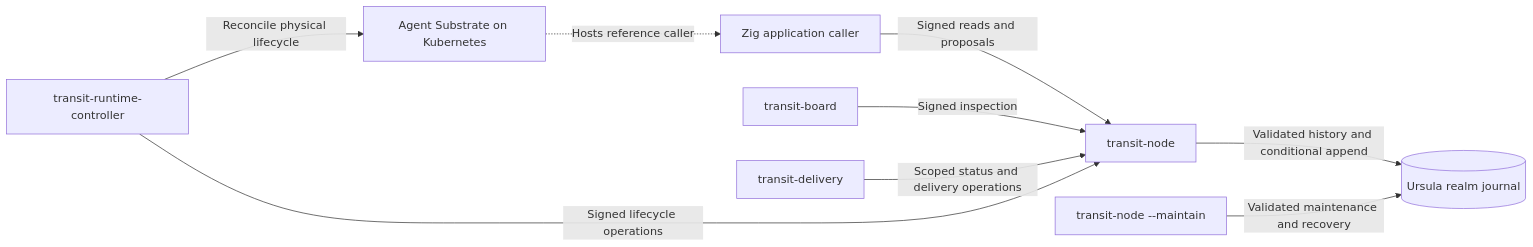
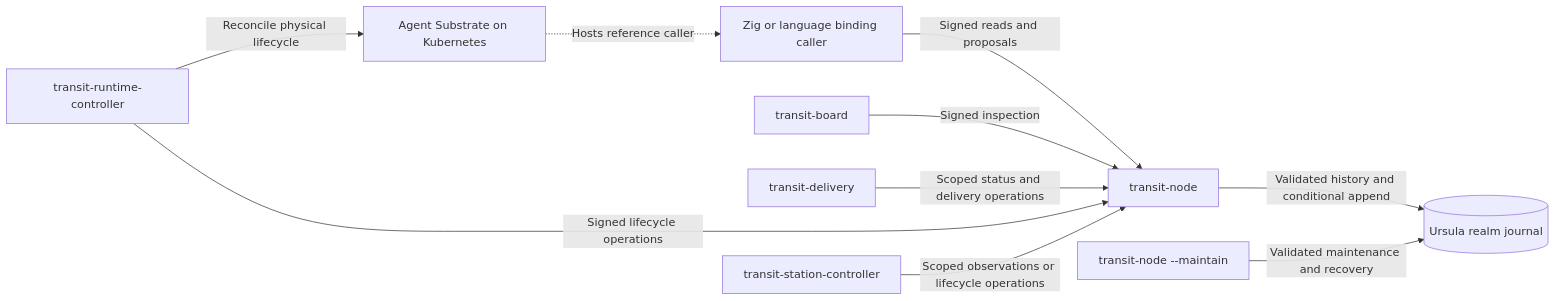
One commit to spoke-sh/transit changed the diagram in docs/ARCHITECTURE.md. Above: the diagram before and after it, drawn with Mermaid. The commit also changed other lines of this file and 18 other files, not shown here.

````diff
--- a/docs/ARCHITECTURE.md
+++ b/docs/ARCHITECTURE.md
@@ -71,11 +72,12 @@
 ```mermaid
 flowchart LR
-    Caller[Zig application caller] -->|Signed reads and proposals| Node[transit-node]
+    Caller[Zig or language binding caller] -->|Signed reads and proposals| Node[transit-node]
     Board[transit-board] -->|Signed inspection| Node
     Delivery[transit-delivery] -->|Scoped status and delivery operations| Node
     Controller[transit-runtime-controller] -->|Signed lifecycle operations| Node
+    Framework[transit-station-controller] -->|Scoped observations or lifecycle operations| Node
     Node -->|Validated history and conditional append| Store[(Ursula realm journal)]
     Maintenance[transit-node --maintain] -->|Validated maintenance and recovery| Store
     Controller -->|Reconcile physical lifecycle| Runtime[Agent Substrate on Kubernetes]
     Runtime -.->|Hosts reference caller| Caller
 ```
````
